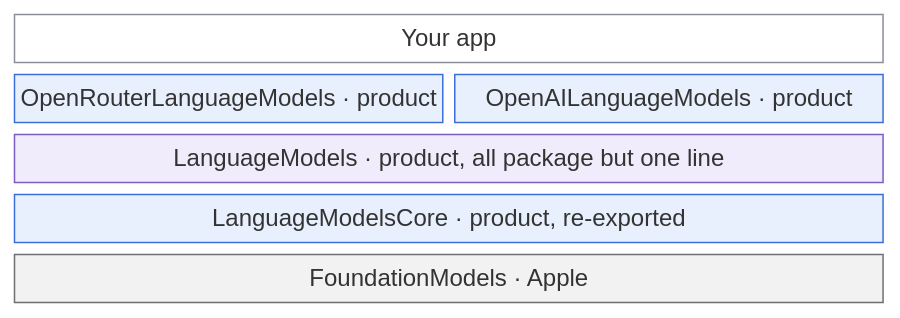
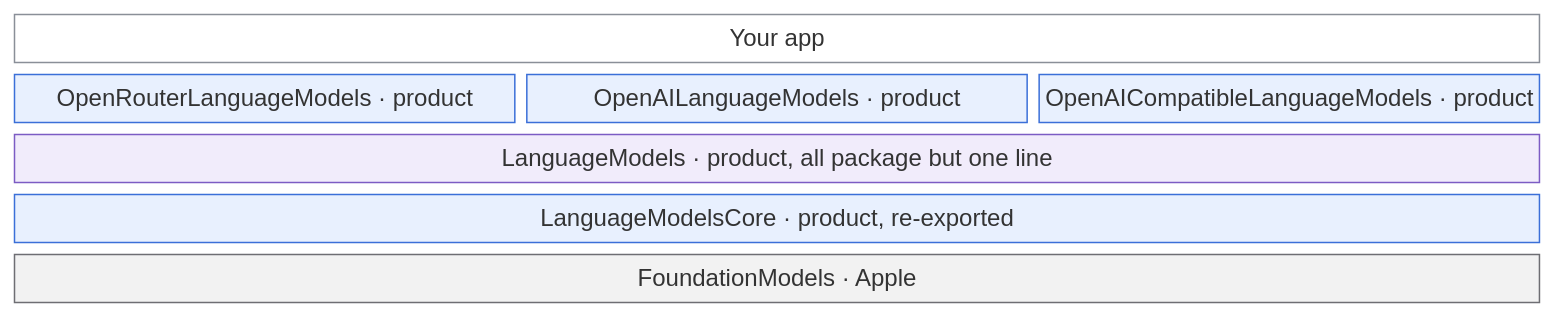
One commit to ironsparrows/swift-language-models changed the first of 6 diagrams in ARCHITECTURE.md. Above: the diagram before and after it, drawn with Mermaid. The commit also changed other lines of this file and 179 other files, not shown here.

````diff
--- a/ARCHITECTURE.md
+++ b/ARCHITECTURE.md
@@ -26,17 +26,18 @@
 ```mermaid
 block-beta
-    columns 2
-    app["Your app"]:2
-    openrouter["OpenRouterLanguageModels · product"] openai["OpenAILanguageModels · product"]
-    models["LanguageModels · product, all package but one line"]:2
-    core["LanguageModelsCore · product, re-exported"]:2
-    apple["FoundationModels · Apple"]:2
-    space:2
+    columns 3
+    app["Your app"]:3
+    openrouter["OpenRouterLanguageModels · product"] openai["OpenAILanguageModels · product"] compatible["OpenAICompatibleLanguageModels · product"]
+    models["LanguageModels · product, all package but one line"]:3
+    core["LanguageModelsCore · product, re-exported"]:3
+    apple["FoundationModels · Apple"]:3
+    space:3
 
     style app fill:#ffffff,stroke:#8a8f98,color:#1d1d1f
     style openrouter fill:#e8f0fe,stroke:#3b6fd8,color:#1d1d1f
     style openai fill:#e8f0fe,stroke:#3b6fd8,color:#1d1d1f
+    style compatible fill:#e8f0fe,stroke:#3b6fd8,color:#1d1d1f
     style core fill:#e8f0fe,stroke:#3b6fd8,color:#1d1d1f
     style models fill:#f1ecfb,stroke:#7c5cc4,color:#1d1d1f
     style apple fill:#f2f2f2,stroke:#6e6e73,color:#1d1d1f
 ```
````
